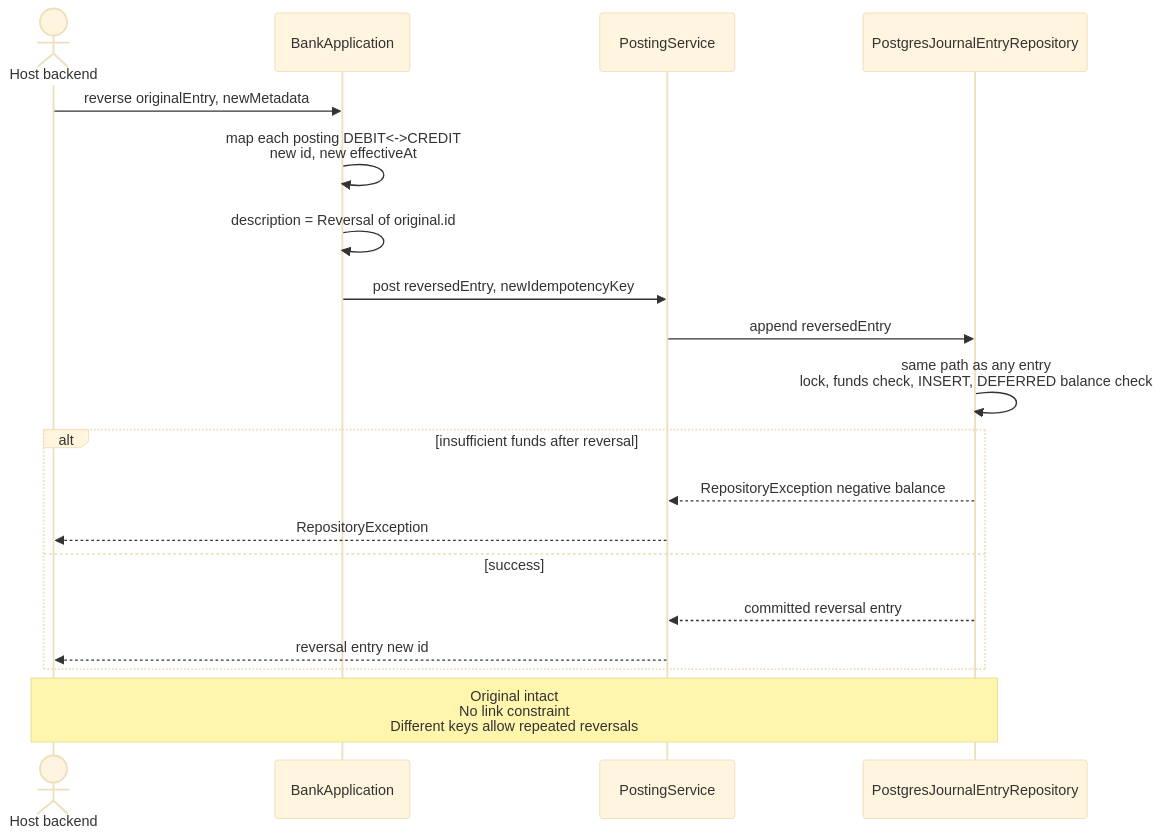
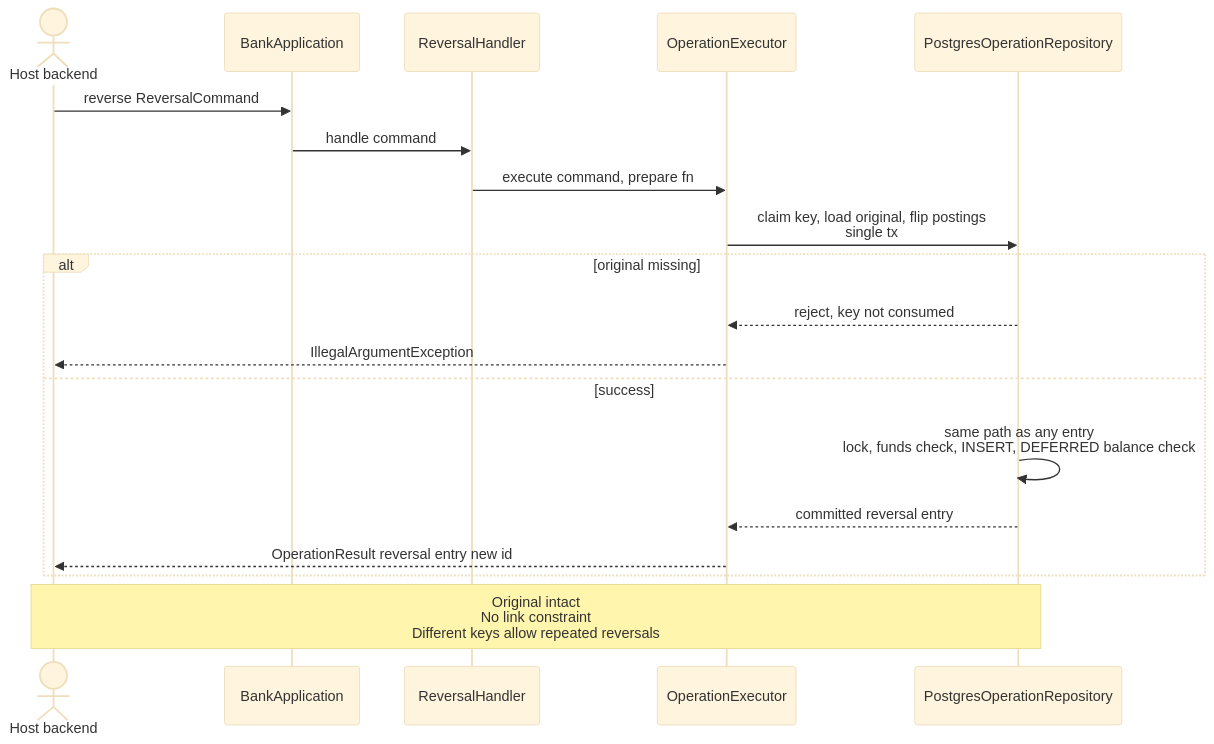
The fourth of 4 diagrams in docs/LEDGER.md (N2Banking/N2BankCore), drawn with Mermaid (base theme) before and after one commit. The commit also changed other lines of this file and 39 other files, not shown here.

````diff
--- a/docs/LEDGER.md
+++ b/docs/LEDGER.md
@@ -138,22 +138,22 @@
 ```mermaid
 sequenceDiagram
     actor Host as Host backend
     participant Facade as BankApplication
-    participant PS as PostingService
-    participant PG as PostgresJournalEntryRepository
+    participant H as ReversalHandler
+    participant EX as OperationExecutor
+    participant OP as PostgresOperationRepository
 
-    Host->>Facade: reverse originalEntry, newMetadata
-    Facade->>Facade: map each posting DEBIT<->CREDIT<br/>new id, new effectiveAt
-    Facade->>Facade: description = Reversal of original.id
-    Facade->>PS: post reversedEntry, newIdempotencyKey
-    PS->>PG: append reversedEntry
-    PG->>PG: same path as any entry<br/>lock, funds check, INSERT, DEFERRED balance check
-    alt insufficient funds after reversal
-        PG-->>PS: RepositoryException negative balance
-        PS-->>Host: RepositoryException
+    Host->>Facade: reverse ReversalCommand
+    Facade->>H: handle command
+    H->>EX: execute command, prepare fn
+    EX->>OP: claim key, load original, flip postings<br/>single tx
+    alt original missing
+        OP-->>EX: reject, key not consumed
+        EX-->>Host: IllegalArgumentException
     else success
-        PG-->>PS: committed reversal entry
-        PS-->>Host: reversal entry new id
+        OP->>OP: same path as any entry<br/>lock, funds check, INSERT, DEFERRED balance check
+        OP-->>EX: committed reversal entry
+        EX-->>Host: OperationResult reversal entry new id
     end
-    Note over Host,PG: Original intact<br/>No link constraint<br/>Different keys allow repeated reversals
+    Note over Host,OP: Original intact<br/>No link constraint<br/>Different keys allow repeated reversals
 ```
````
